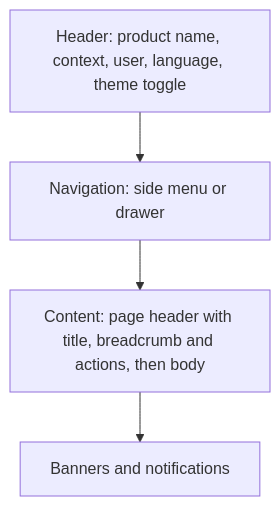
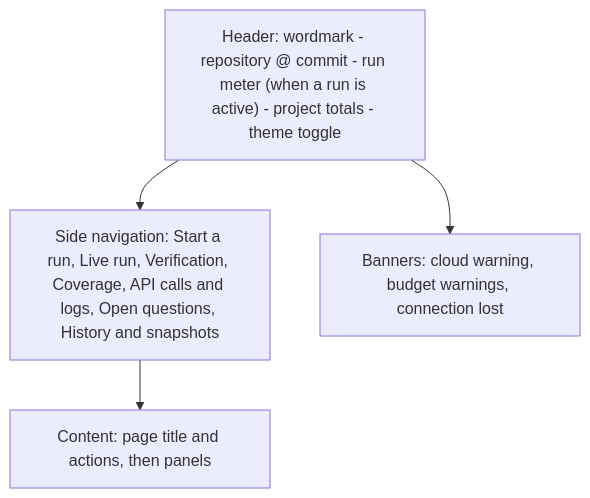
One commit to blacklight0101/Rosetta changed the diagram in docs/design-system.md. Above: the diagram before and after it, drawn with Mermaid. The commit also changed other lines of this file and 32 other files, not shown here.

First line of the commit message:
docs: P0 architecture, data model, web UI, design system (G-02) (#2)

````diff
--- a/docs/design-system.md
+++ b/docs/design-system.md
@@ -123,8 +116,9 @@
 ```mermaid
 flowchart TB
-  H[Header: product name, context, user, language, theme toggle]
-  N[Navigation: side menu or drawer]
-  C[Content: page header with title, breadcrumb and actions, then body]
-  B[Banners and notifications]
-  H --> N --> C --> B
+  H["Header: wordmark - repository @ commit - run meter (when a run is active) - project totals - theme toggle"]
+  N["Side navigation: Start a run, Live run, Verification, Coverage, API calls and logs, Open questions, History and snapshots"]
+  C["Content: page title and actions, then panels"]
+  B["Banners: cloud warning, budget warnings, connection lost"]
+  H --> N --> C
+  H --> B
 ```
````
